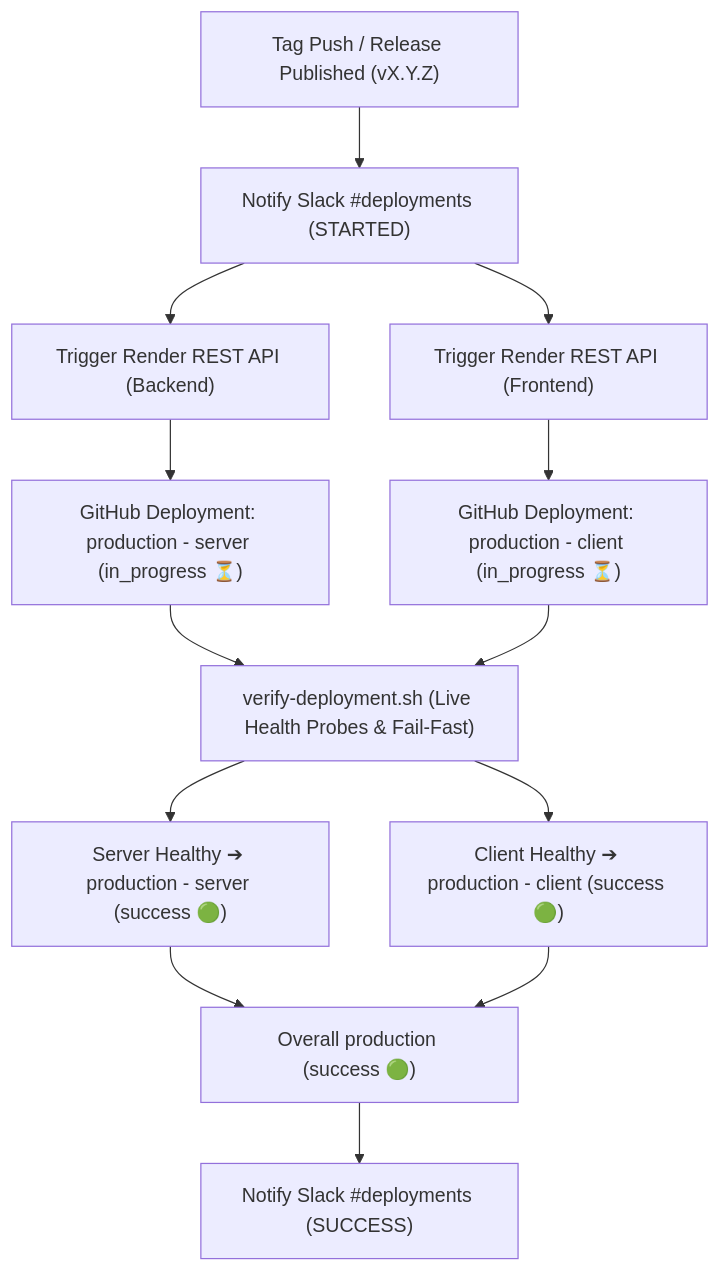
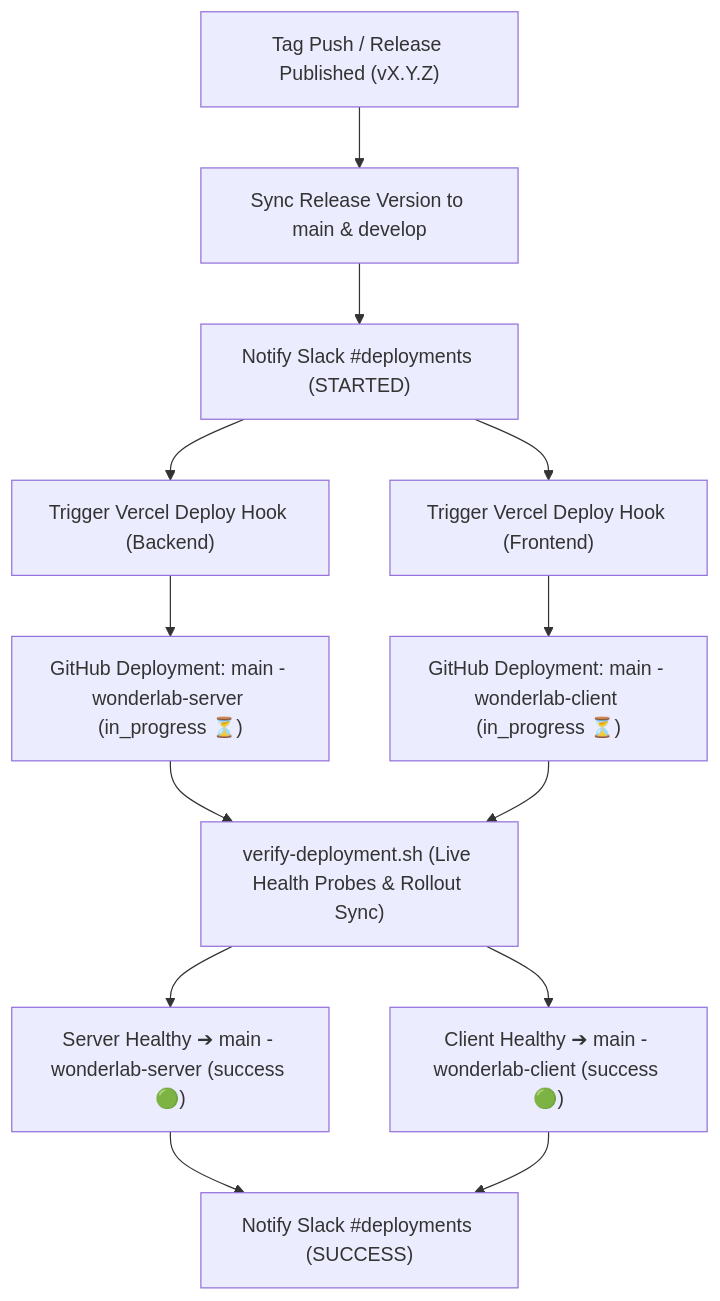
Before and after one commit to thanhba0505/wonderlab: the second of 2 diagrams in docs/deployment.md, drawn with Mermaid. The commit also changed other lines of this file and 2 other files, not shown here.

Commit message:
chore(deploy): purge obsolete Render references and update Vercel docs

````diff
--- a/docs/deployment.md
+++ b/docs/deployment.md
@@ -78,13 +81,13 @@
 ```mermaid
 flowchart TD
-  Release["Tag Push / Release Published (vX.Y.Z)"] --> NotifyStarted["Notify Slack #deployments (STARTED)"]
-  NotifyStarted --> RenderAPIServer["Trigger Render REST API (Backend)"]
-  NotifyStarted --> RenderAPIClient["Trigger Render REST API (Frontend)"]
-  RenderAPIServer --> GHInProgressServer["GitHub Deployment: production - server (in_progress ⏳)"]
-  RenderAPIClient --> GHInProgressClient["GitHub Deployment: production - client (in_progress ⏳)"]
-  GHInProgressServer & GHInProgressClient --> VerifyScript["verify-deployment.sh (Live Health Probes & Fail-Fast)"]
-  VerifyScript --> ServerLive["Server Healthy ➔ production - server (success 🟢)"]
-  VerifyScript --> ClientLive["Client Healthy ➔ production - client (success 🟢)"]
-  ServerLive & ClientLive --> OverallSuccess["Overall production (success 🟢)"]
-  OverallSuccess --> NotifySuccess["Notify Slack #deployments (SUCCESS)"]
+  Release["Tag Push / Release Published (vX.Y.Z)"] --> SyncVersion["Sync Release Version to main & develop"]
+  SyncVersion --> NotifyStarted["Notify Slack #deployments (STARTED)"]
+  NotifyStarted --> VercelHookServer["Trigger Vercel Deploy Hook (Backend)"]
+  NotifyStarted --> VercelHookClient["Trigger Vercel Deploy Hook (Frontend)"]
+  VercelHookServer --> GHInProgressServer["GitHub Deployment: main - wonderlab-server (in_progress ⏳)"]
+  VercelHookClient --> GHInProgressClient["GitHub Deployment: main - wonderlab-client (in_progress ⏳)"]
+  GHInProgressServer & GHInProgressClient --> VerifyScript["verify-deployment.sh (Live Health Probes & Rollout Sync)"]
+  VerifyScript --> ServerLive["Server Healthy ➔ main - wonderlab-server (success 🟢)"]
+  VerifyScript --> ClientLive["Client Healthy ➔ main - wonderlab-client (success 🟢)"]
+  ServerLive & ClientLive --> NotifySuccess["Notify Slack #deployments (SUCCESS)"]
 ```
````
